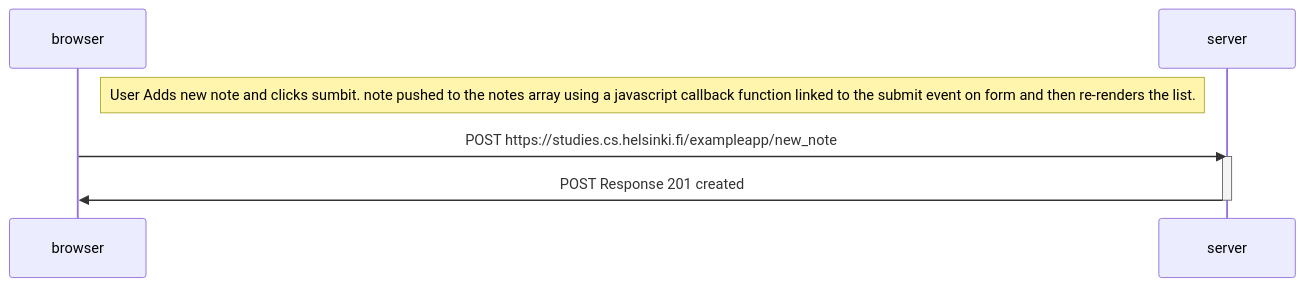
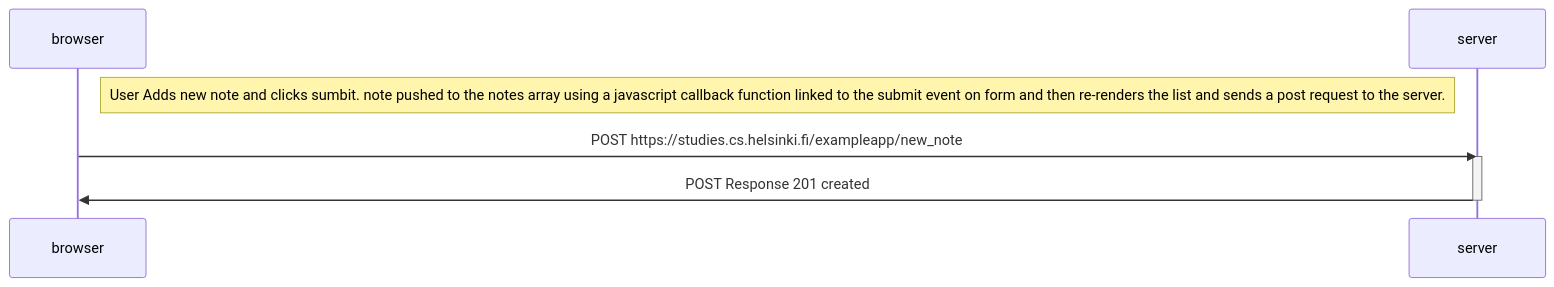
The diagram in part0/exercise-5.md (WeKiBan/fullStackOpen), drawn with Mermaid before and after one commit.

Commit message:
feat: add extra info

````diff
--- a/part0/exercise-5.md
+++ b/part0/exercise-5.md
@@ -1,10 +1,10 @@
 ```mermaid
 sequenceDiagram
 participant browser
 participant server
-Note right of browser: User Adds new note and clicks sumbit. note pushed to the notes array using a javascript callback function linked to the submit event on form and then re-renders the list.
+Note right of browser: User Adds new note and clicks sumbit. note pushed to the notes array using a javascript callback function linked to the submit event on form and then re-renders the list and sends a post request to the server.
 browser->>server: POST https://studies.cs.helsinki.fi/exampleapp/new_note
 activate server
 server->>browser: POST Response 201 created
 deactivate server
 ```
````
